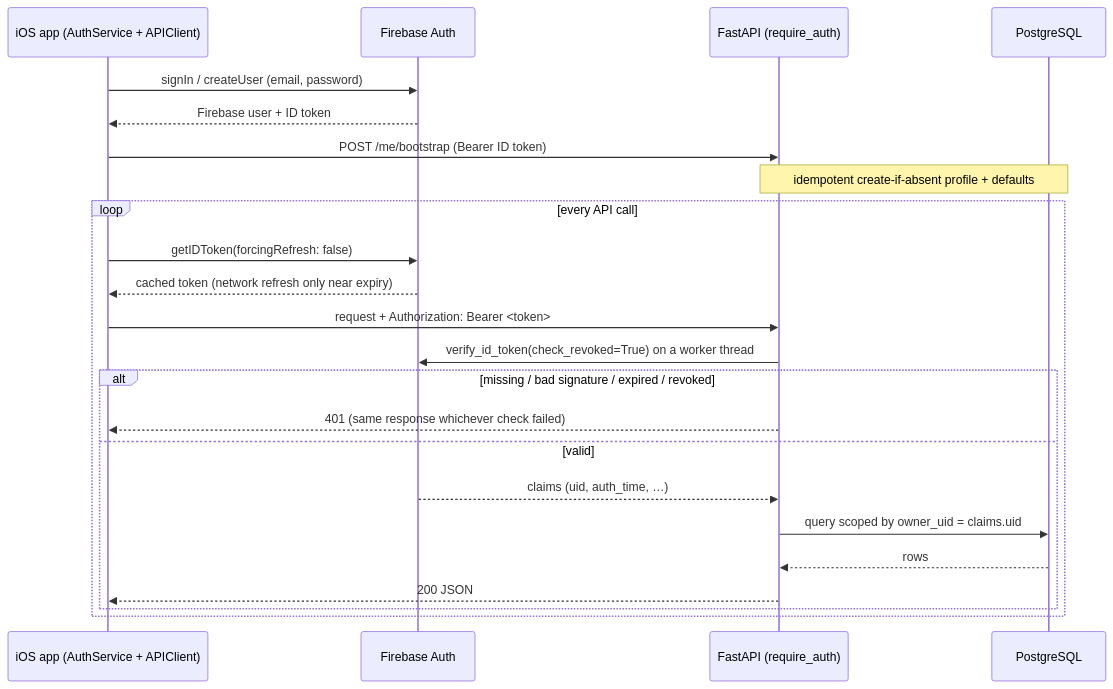
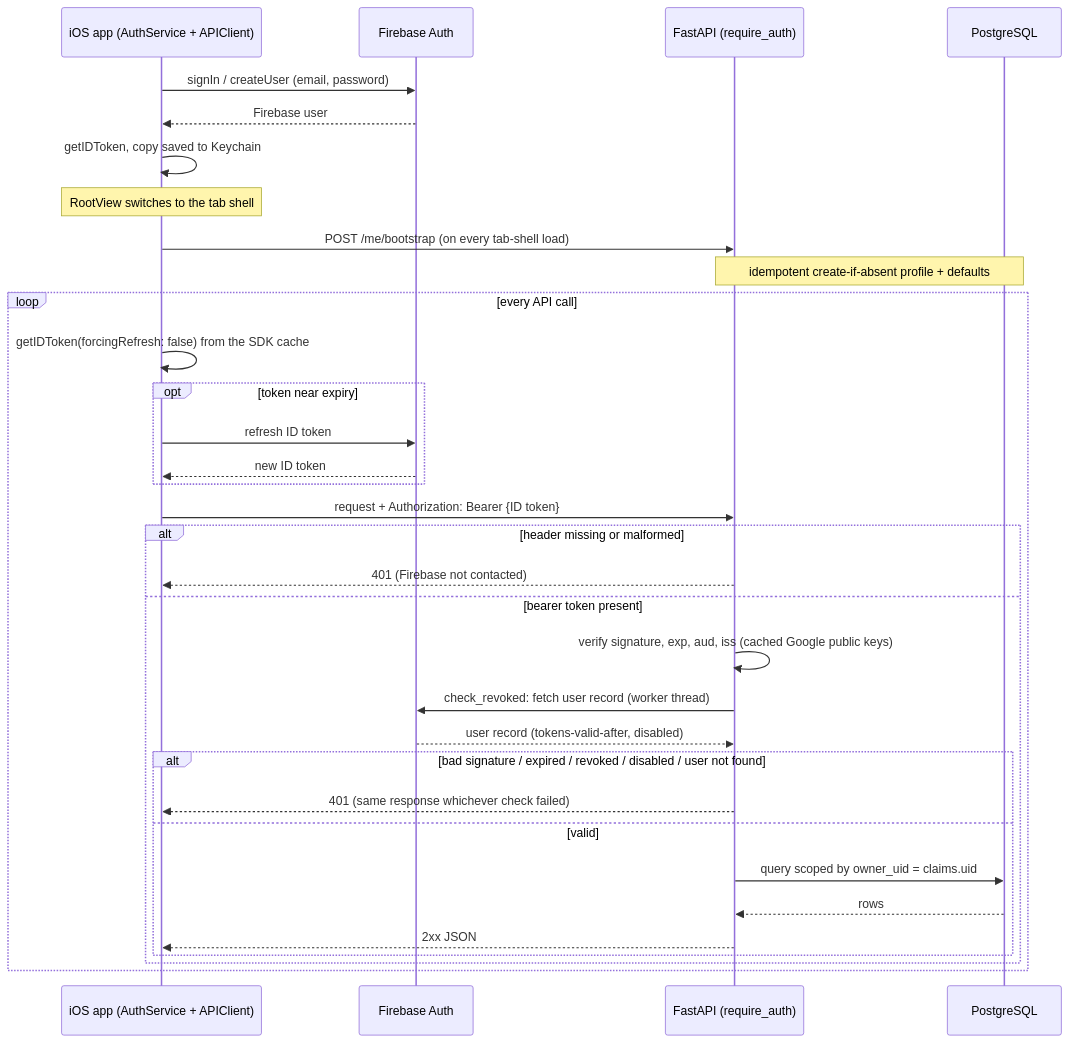
Before and after one commit to bretthinkle123/orbit-fitness-app: the third of 8 diagrams in docs/system_architecture.md, drawn with Mermaid. The commit also changed other lines of this file and 17 other files, not shown here.

````diff
--- a/docs/system_architecture.md
+++ b/docs/system_architecture.md
@@ -71,26 +71,36 @@
 ```mermaid
 sequenceDiagram
     participant App as iOS app (AuthService + APIClient)
     participant FB as Firebase Auth
     participant API as FastAPI (require_auth)
     participant DB as PostgreSQL
 
     App->>FB: signIn / createUser (email, password)
-    FB-->>App: Firebase user + ID token
-    App->>API: POST /me/bootstrap (Bearer ID token)
+    FB-->>App: Firebase user
+    App->>App: getIDToken, copy saved to Keychain
+    Note over App: RootView switches to the tab shell
+    App->>API: POST /me/bootstrap (on every tab-shell load)
     Note over API,DB: idempotent create-if-absent profile + defaults
     loop every API call
-        App->>FB: getIDToken(forcingRefresh: false)
-        FB-->>App: cached token (network refresh only near expiry)
-        App->>API: request + Authorization: Bearer <token>
-        API->>FB: verify_id_token(check_revoked=True) on a worker thread
-        alt missing / bad signature / expired / revoked
-            API-->>App: 401 (same response whichever check failed)
-        else valid
-            FB-->>API: claims (uid, auth_time, …)
-            API->>DB: query scoped by owner_uid = claims.uid
-            DB-->>API: rows
-            API-->>App: 200 JSON
+        App->>App: getIDToken(forcingRefresh: false) from the SDK cache
+        opt token near expiry
+            App->>FB: refresh ID token
+            FB-->>App: new ID token
+        end
+        App->>API: request + Authorization: Bearer {ID token}
+        alt header missing or malformed
+            API-->>App: 401 (Firebase not contacted)
+        else bearer token present
+            API->>API: verify signature, exp, aud, iss (cached Google public keys)
+            API->>FB: check_revoked: fetch user record (worker thread)
+            FB-->>API: user record (tokens-valid-after, disabled)
+            alt bad signature / expired / revoked / disabled / user not found
+                API-->>App: 401 (same response whichever check failed)
+            else valid
+                API->>DB: query scoped by owner_uid = claims.uid
+                DB-->>API: rows
+                API-->>App: 2xx JSON
+            end
         end
     end
 ```
````
